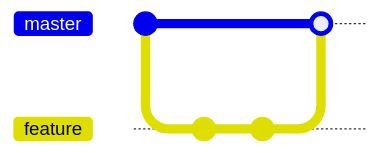
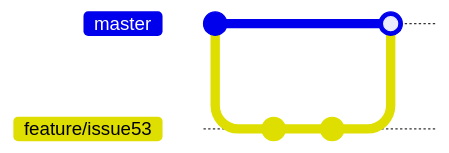
The diagram in assets/mermaid/git/merge-1.mmd (PonomaryovVladyslav/PythonCourses), drawn with Mermaid before and after one commit. The commit also changed 2 other files, not shown here. Commit ids are hidden.

```diff
--- a/assets/mermaid/git/merge-1.mmd
+++ b/assets/mermaid/git/merge-1.mmd
@@ -1,8 +1,8 @@
 %%{init: {'gitGraph': {'mainBranchName': 'master'}} }%%
 gitGraph
     commit id: "Initial commit"
-    branch feature
+    branch feature/issue53
     commit
     commit
     checkout master
-    merge feature
+    merge feature/issue53
```
